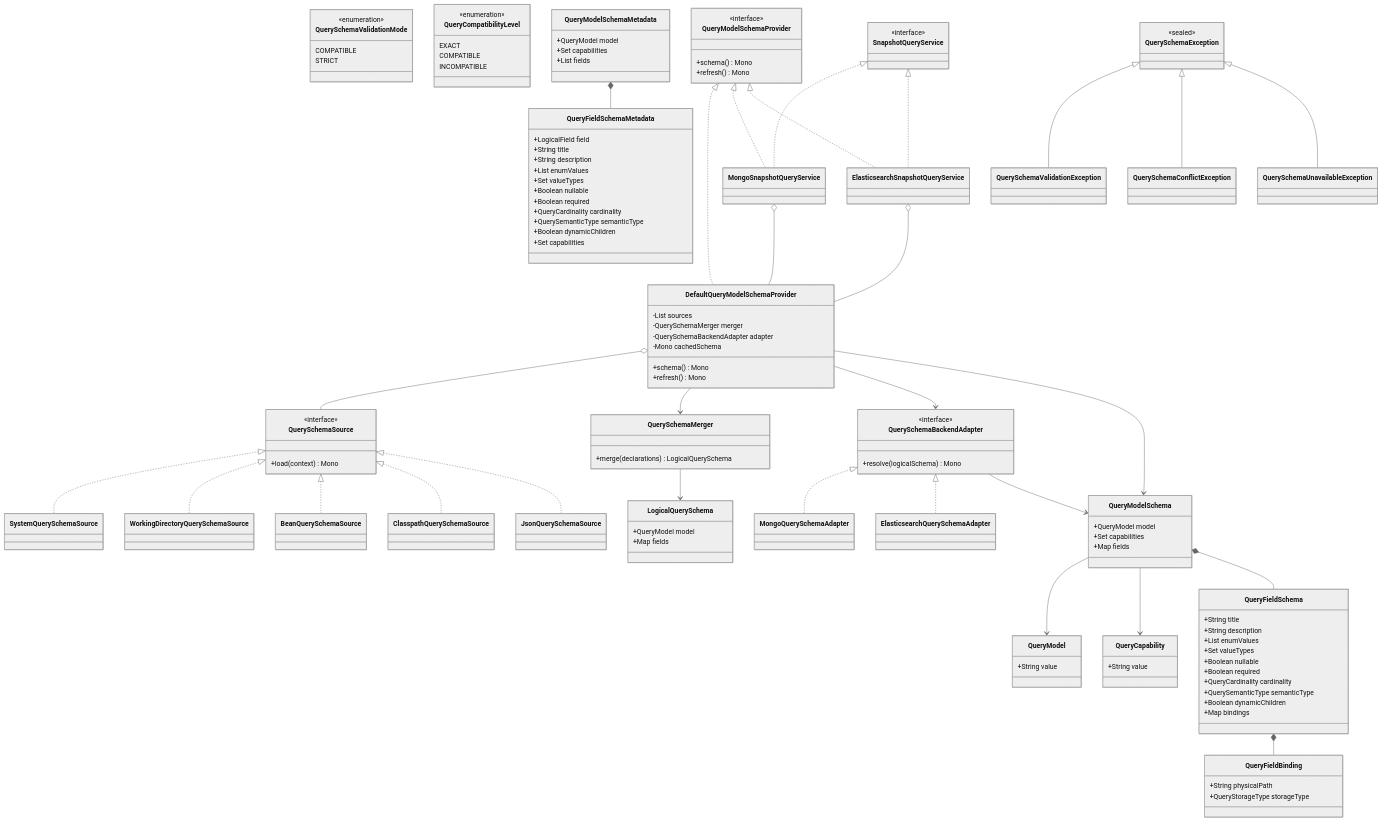
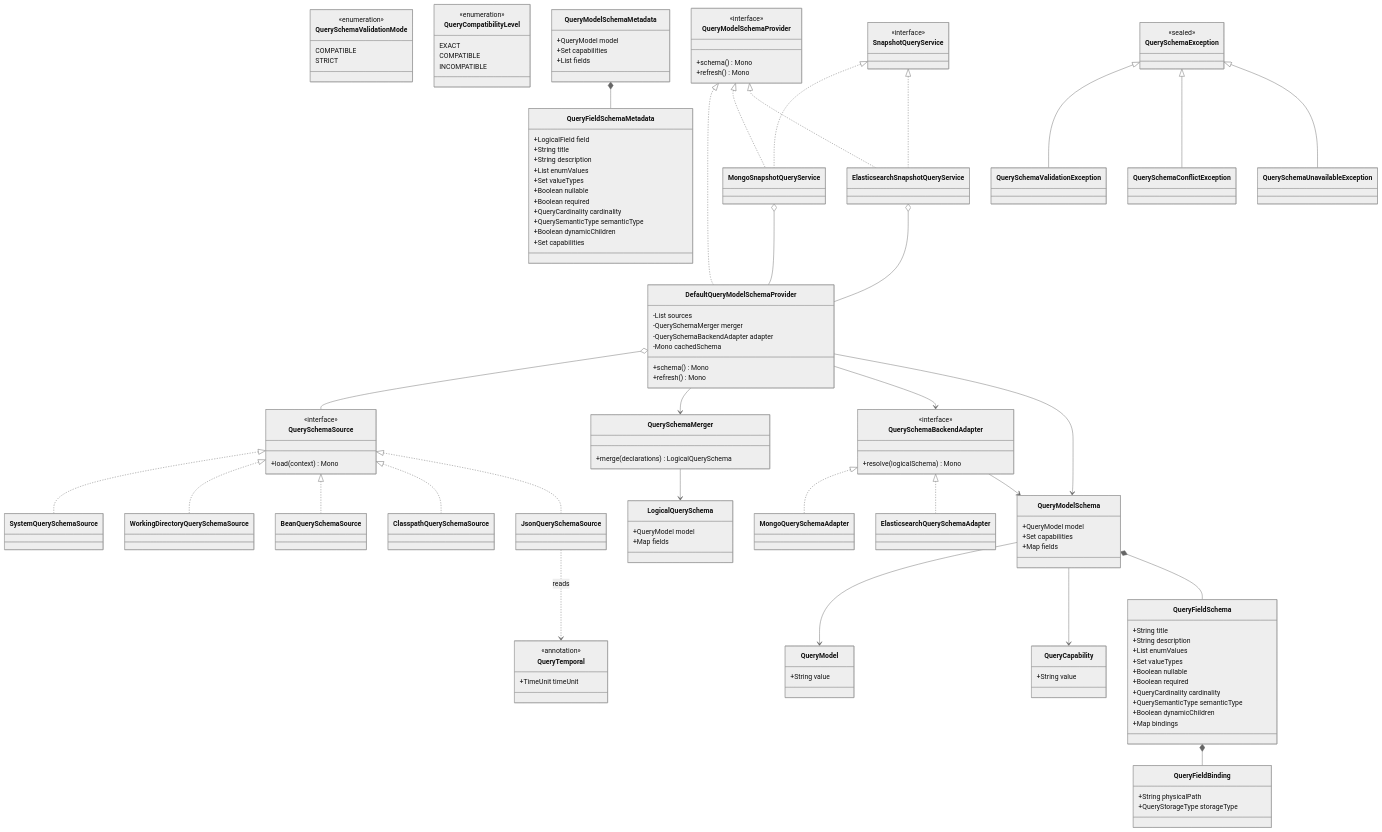
Before and after one commit to Ahoo-Wang/Wow: the fourth of 4 diagrams in docs/superpowers/specs/2026-08-26-query-model-schema-design.md, drawn with Mermaid (neutral theme). The commit also changed other lines of this file, not shown here.

Commit message:
docs(query): add temporal schema annotation

```diff
--- a/docs/superpowers/specs/2026-08-26-query-model-schema-design.md
+++ b/docs/superpowers/specs/2026-08-26-query-model-schema-design.md
@@ -979,6 +1020,11 @@
     class BeanQuerySchemaSource
     class ClasspathQuerySchemaSource
     class JsonQuerySchemaSource
+
+    class QueryTemporal {
+        <<annotation>>
+        +TimeUnit timeUnit
+    }
 
     class QuerySchemaMerger {
         +merge(declarations) LogicalQuerySchema
@@ -1075,6 +1121,7 @@
     QuerySchemaSource <|.. BeanQuerySchemaSource
     QuerySchemaSource <|.. ClasspathQuerySchemaSource
     QuerySchemaSource <|.. JsonQuerySchemaSource
+    JsonQuerySchemaSource ..> QueryTemporal : reads
 
     QuerySchemaBackendAdapter <|.. MongoQuerySchemaAdapter
     QuerySchemaBackendAdapter <|.. ElasticsearchQuerySchemaAdapter
```
